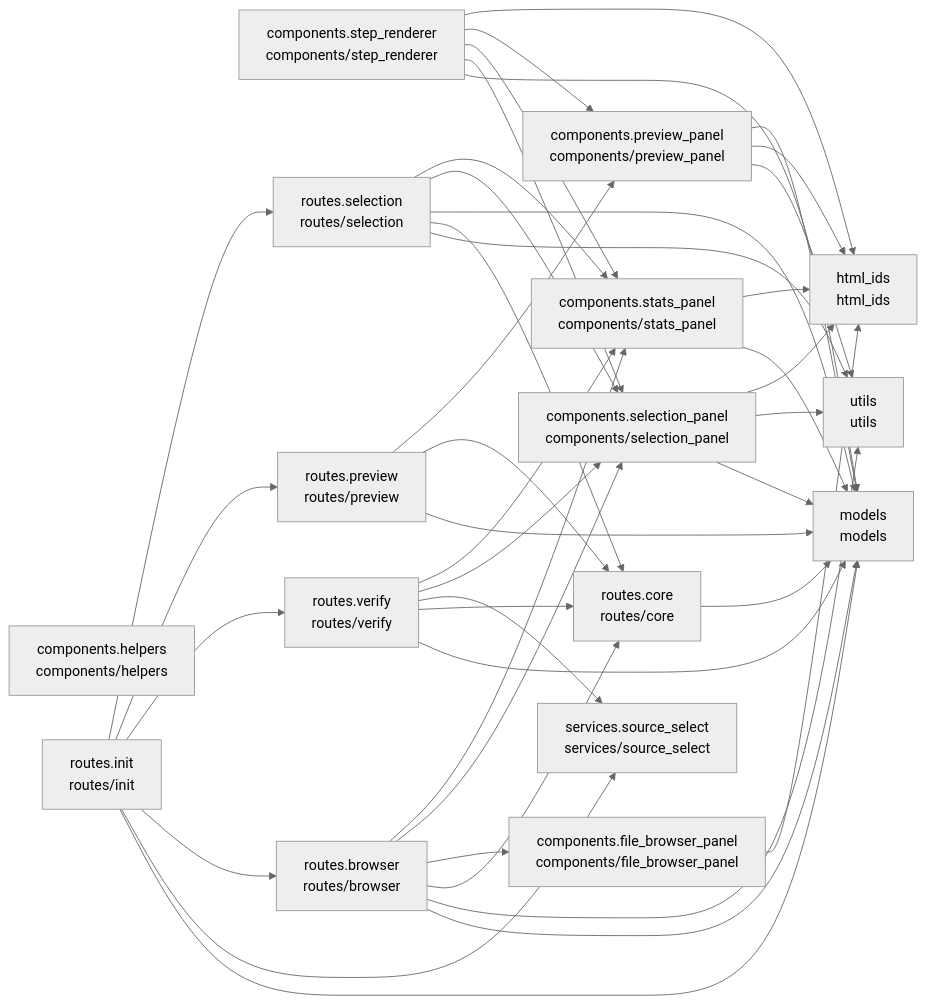
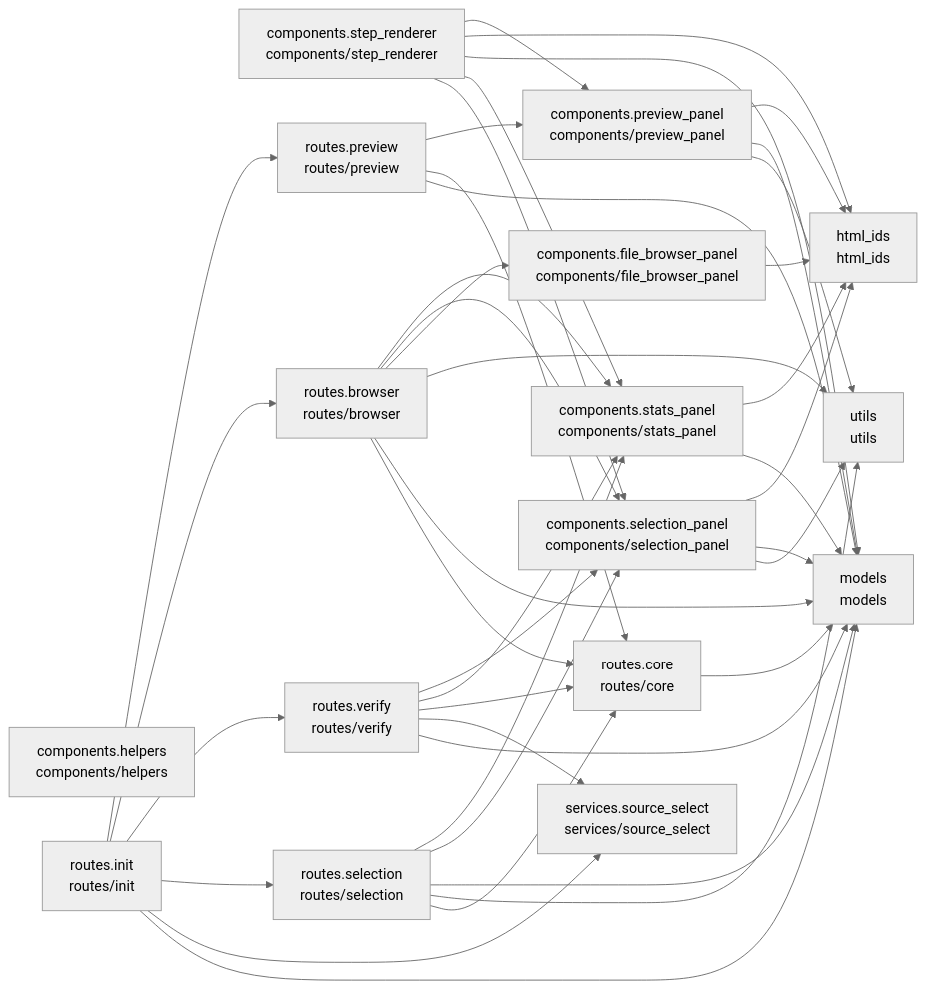
Before and after one commit to cj-mills/cjm-transcription-source-select: the diagram in README.md, drawn with Mermaid (neutral theme). The commit also changed other lines of this file and 7 other files, not shown here.

Commit message:
Elevate stats panel and preview panel variants to base_200, and pin updated cjm-fasthtml-sortable-queue.

````diff
--- a/README.md
+++ b/README.md
@@ -39,60 +39,60 @@
 ``` mermaid
 graph LR
     components_file_browser_panel[components.file_browser_panel<br/>components/file_browser_panel]
     components_helpers[components.helpers<br/>components/helpers]
     components_preview_panel[components.preview_panel<br/>components/preview_panel]
     components_selection_panel[components.selection_panel<br/>components/selection_panel]
     components_stats_panel[components.stats_panel<br/>components/stats_panel]
     components_step_renderer[components.step_renderer<br/>components/step_renderer]
     html_ids[html_ids<br/>html_ids]
     models[models<br/>models]
     routes_browser[routes.browser<br/>routes/browser]
     routes_core[routes.core<br/>routes/core]
     routes_init[routes.init<br/>routes/init]
     routes_preview[routes.preview<br/>routes/preview]
     routes_selection[routes.selection<br/>routes/selection]
     routes_verify[routes.verify<br/>routes/verify]
     services_source_select[services.source_select<br/>services/source_select]
     utils[utils<br/>utils]
 
     components_file_browser_panel --> html_ids
     components_preview_panel --> utils
+    components_preview_panel --> models
     components_preview_panel --> html_ids
-    components_preview_panel --> models
+    components_selection_panel --> utils
     components_selection_panel --> models
-    components_selection_panel --> utils
     components_selection_panel --> html_ids
     components_stats_panel --> models
     components_stats_panel --> html_ids
-    components_step_renderer --> models
     components_step_renderer --> components_selection_panel
     components_step_renderer --> components_stats_panel
+    components_step_renderer --> models
+    components_step_renderer --> html_ids
     components_step_renderer --> components_preview_panel
-    components_step_renderer --> html_ids
+    routes_browser --> routes_core
     routes_browser --> models
     routes_browser --> utils
-    routes_browser --> routes_core
     routes_browser --> components_file_browser_panel
     routes_browser --> components_selection_panel
     routes_browser --> components_stats_panel
     routes_core --> models
     routes_init --> models
     routes_init --> services_source_select
+    routes_init --> routes_selection
+    routes_init --> routes_verify
     routes_init --> routes_browser
-    routes_init --> routes_verify
     routes_init --> routes_preview
-    routes_init --> routes_selection
     routes_preview --> models
     routes_preview --> routes_core
     routes_preview --> components_preview_panel
+    routes_selection --> routes_core
     routes_selection --> utils
-    routes_selection --> routes_core
     routes_selection --> models
     routes_selection --> components_selection_panel
     routes_selection --> components_stats_panel
     routes_verify --> models
+    routes_verify --> services_source_select
     routes_verify --> routes_core
-    routes_verify --> services_source_select
+    routes_verify --> components_stats_panel
     routes_verify --> components_selection_panel
-    routes_verify --> components_stats_panel
 ```
````
